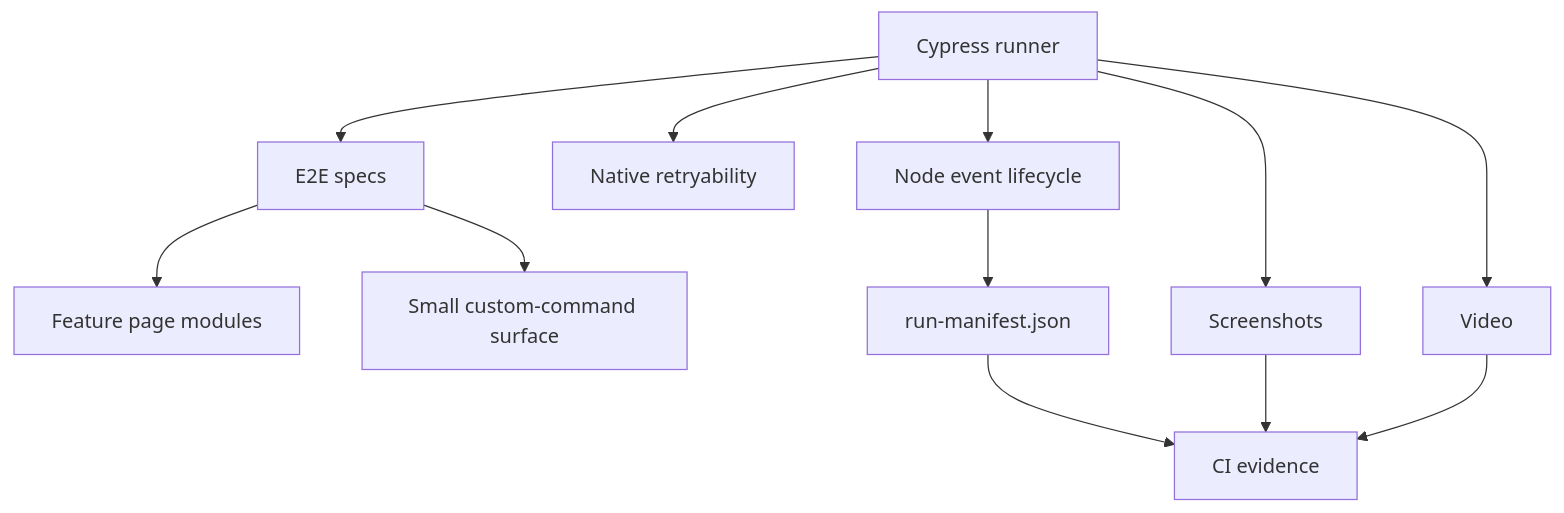
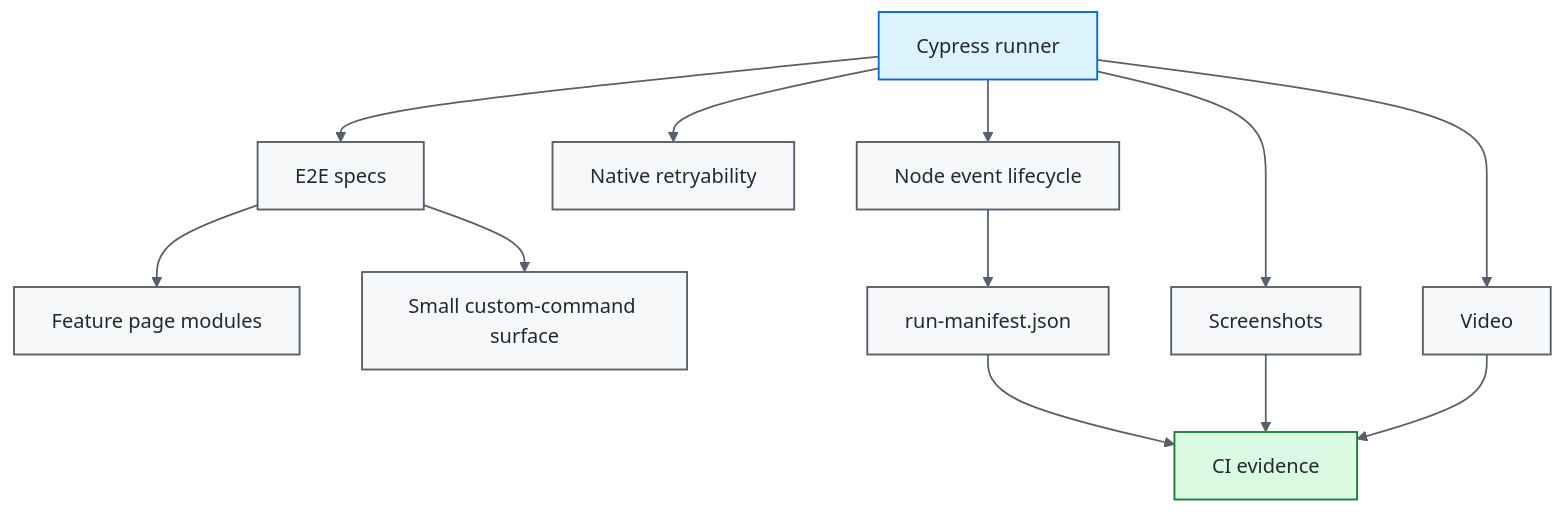
Before and after one commit to portyu9/qa-automation-ui-cypress: the second of 3 diagrams in README.md, drawn with Mermaid. The commit also changed other lines of this file, not shown here.

Commit message:
Polish badges and Mermaid diagrams (#12)

````diff
--- a/README.md
+++ b/README.md
@@ -63,14 +74,22 @@
 ```mermaid
 flowchart TD
     CYP[Cypress runner] --> SPEC[E2E specs]
     SPEC --> PAGE[Feature page modules]
     SPEC --> CMD[Small custom-command surface]
     CYP --> RETRY[Native retryability]
     CYP --> EVENT[Node event lifecycle]
     EVENT --> MAN[run-manifest.json]
     CYP --> SS[Screenshots]
     CYP --> VID[Video]
     MAN --> OBS[CI evidence]
     SS --> OBS
     VID --> OBS
+
+    classDef entry fill:#ddf4ff,stroke:#0969da,color:#24292f,stroke-width:1.5px;
+    classDef core fill:#f6f8fa,stroke:#57606a,color:#24292f,stroke-width:1.5px;
+    classDef evidence fill:#dafbe1,stroke:#1a7f37,color:#24292f,stroke-width:1.5px;
+    class CYP entry;
+    class SPEC,PAGE,CMD,RETRY,EVENT,MAN,SS,VID core;
+    class OBS evidence;
+    linkStyle default stroke:#57606a,stroke-width:1.4px;
 ```
````
